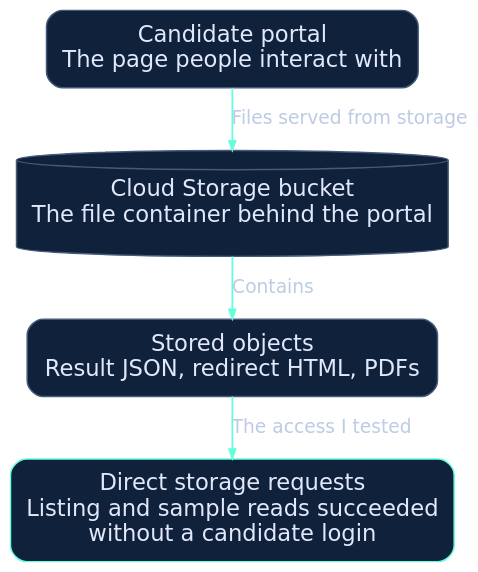
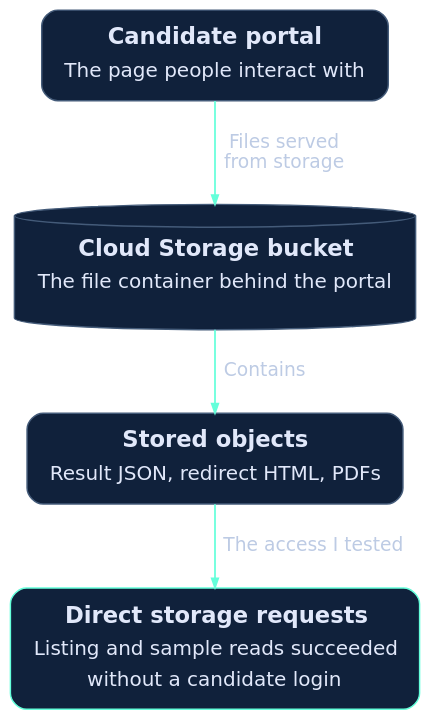
Before and after one commit to rylena/PortfolioWebsite: the diagram in assets/diagrams/source/jee-system-map.dot, drawn with Graphviz. The commit also changed 35 other files, not shown here.

First line of the commit message:
Publish hospital security writeup and improve blog diagrams

```diff
--- a/assets/diagrams/source/jee-system-map.dot
+++ b/assets/diagrams/source/jee-system-map.dot
@@ -1,12 +1,12 @@
 digraph G {
-  graph [rankdir=TB, bgcolor="transparent", pad="0.15", nodesep="0.32", ranksep="0.45", splines=polyline];
-  node [shape=box, style="rounded,filled", fillcolor="#10213b", color="#445b79", fontcolor="#e1e8fa", fontname="DejaVu Sans", fontsize=17, margin="0.18,0.14", penwidth=1.1];
+  graph [rankdir=TB, bgcolor="transparent", pad="0.22", nodesep="0.55", ranksep="0.65", splines=polyline];
+  node [shape=box, style="rounded,filled", fillcolor="#10213b", color="#445b79", fontcolor="#e1e8fa", fontname="DejaVu Sans", fontsize=17, margin="0.20,0.14", penwidth=1.1];
   edge [color="#64ffda", fontcolor="#bdcbe4", fontname="DejaVu Sans", fontsize=14, arrowsize=0.7, penwidth=1.3];
-  portal [label="Candidate portal\nThe page people interact with"];
-  storage [label="Cloud Storage bucket\nThe file container behind the portal", shape=cylinder];
-  files [label="Stored objects\nResult JSON, redirect HTML, PDFs"];
-  direct [label="Direct storage requests\nListing and sample reads succeeded\nwithout a candidate login", color="#64ffda"];
-  portal -> storage [label="Files served from storage"];
-  storage -> files [label="Contains"];
-  files -> direct [label="The access I tested"];
+  portal [label=<<TABLE BORDER="0" CELLBORDER="0" CELLSPACING="0" CELLPADDING="3"><TR><TD><B>Candidate portal</B></TD></TR><TR><TD><FONT POINT-SIZE="15">The page people interact with</FONT></TD></TR></TABLE>>];
+  storage [label=<<TABLE BORDER="0" CELLBORDER="0" CELLSPACING="0" CELLPADDING="3"><TR><TD><B>Cloud Storage bucket</B></TD></TR><TR><TD><FONT POINT-SIZE="15">The file container behind the portal</FONT></TD></TR></TABLE>>, shape=cylinder];
+  files [label=<<TABLE BORDER="0" CELLBORDER="0" CELLSPACING="0" CELLPADDING="3"><TR><TD><B>Stored objects</B></TD></TR><TR><TD><FONT POINT-SIZE="15">Result JSON, redirect HTML, PDFs</FONT></TD></TR></TABLE>>];
+  direct [label=<<TABLE BORDER="0" CELLBORDER="0" CELLSPACING="0" CELLPADDING="3"><TR><TD><B>Direct storage requests</B></TD></TR><TR><TD><FONT POINT-SIZE="15">Listing and sample reads succeeded</FONT></TD></TR><TR><TD><FONT POINT-SIZE="15">without a candidate login</FONT></TD></TR></TABLE>>, color="#64ffda"];
+  portal -> storage [label="  Files served  \n  from storage  "];
+  storage -> files [label="  Contains  "];
+  files -> direct [label="  The access I tested  "];
 }
```
